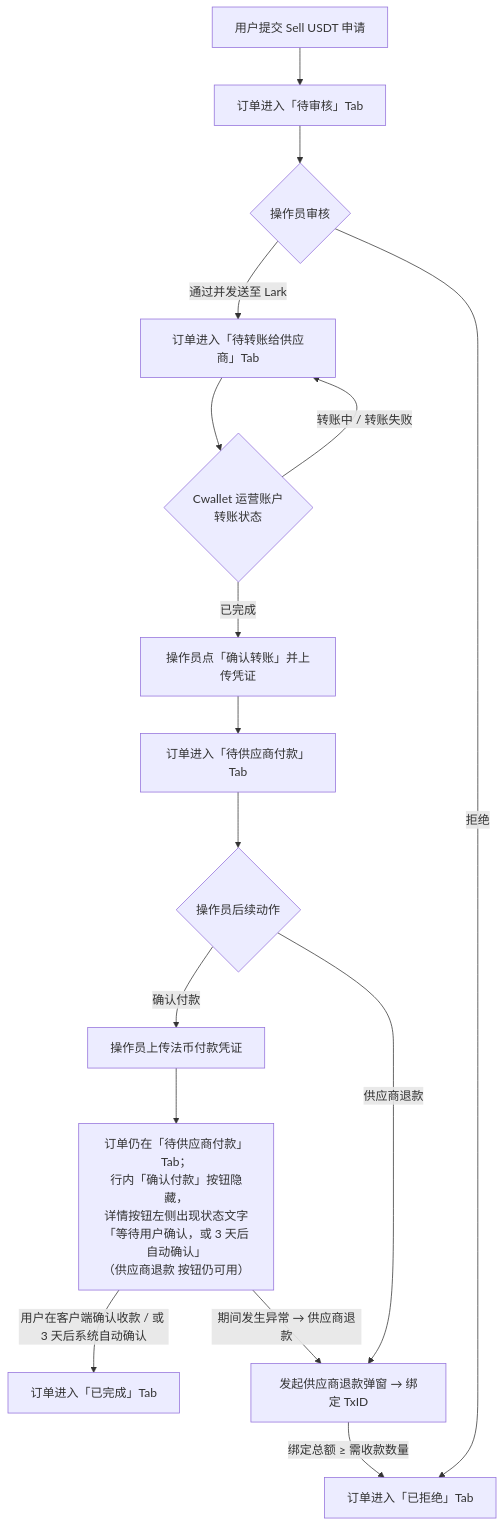
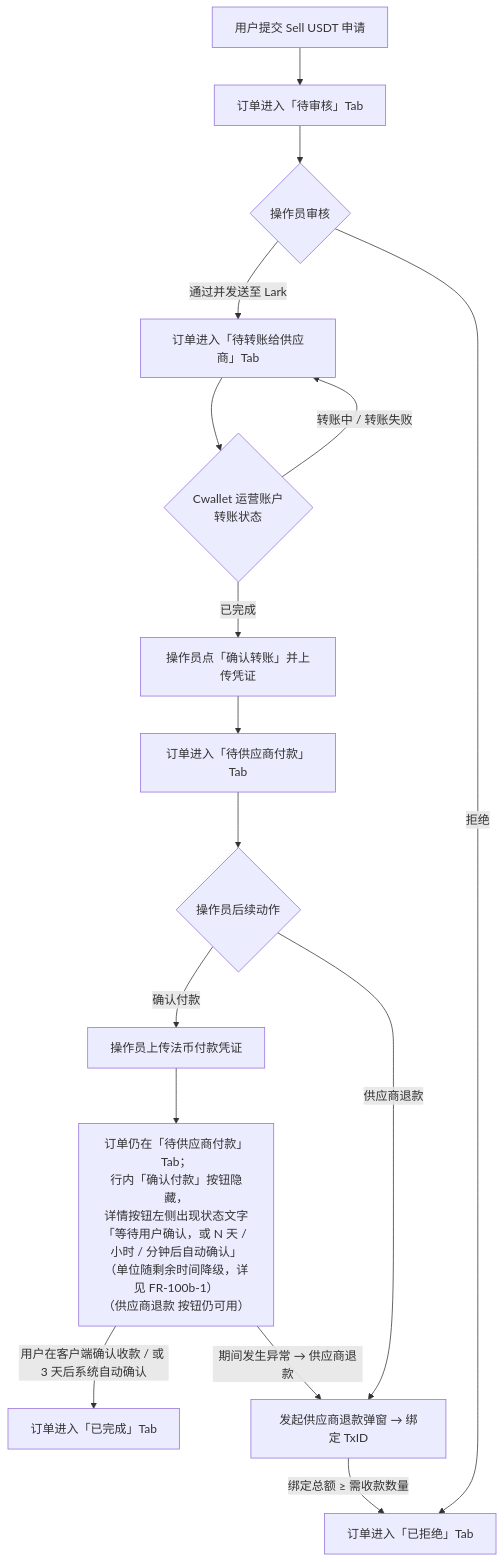
One commit to bladerosa/temp changed the diagram in sell-usdt/workflow/prd.md. Above: the diagram before and after it, drawn with Mermaid. The commit also changed other lines of this file and 1 other file, not shown here.

````diff
--- a/sell-usdt/workflow/prd.md
+++ b/sell-usdt/workflow/prd.md
@@ -186,18 +187,18 @@
 ```mermaid
 flowchart TD
     A[用户提交 Sell USDT 申请] --> B[订单进入「待审核」Tab]
     B --> C{操作员审核}
     C -->|通过并发送至 Lark| D[订单进入「待转账给供应商」Tab]
     C -->|拒绝| Z1[订单进入「已拒绝」Tab]
     D --> E{Cwallet 运营账户<br/>转账状态}
     E -->|转账中 / 转账失败| D
     E -->|已完成| F[操作员点「确认转账」并上传凭证]
     F --> G[订单进入「待供应商付款」Tab]
     G --> H{操作员后续动作}
     H -->|确认付款| I[操作员上传法币付款凭证]
     H -->|供应商退款| J[发起供应商退款弹窗 → 绑定 TxID]
-    I --> I1[订单仍在「待供应商付款」Tab；<br/>行内「确认付款」按钮隐藏，<br/>详情按钮左侧出现状态文字<br/>「等待用户确认，或 3 天后自动确认」<br/>（供应商退款 按钮仍可用）]
+    I --> I1[订单仍在「待供应商付款」Tab；<br/>行内「确认付款」按钮隐藏，<br/>详情按钮左侧出现状态文字<br/>「等待用户确认，或 N 天 / 小时 / 分钟后自动确认」<br/>（单位随剩余时间降级，详见 FR-100b-1）<br/>（供应商退款 按钮仍可用）]
     I1 -->|用户在客户端确认收款 / 或 3 天后系统自动确认| K[订单进入「已完成」Tab]
     I1 -->|期间发生异常 → 供应商退款| J
     J -->|绑定总额 ≥ 需收款数量| Z1
 ```
````
